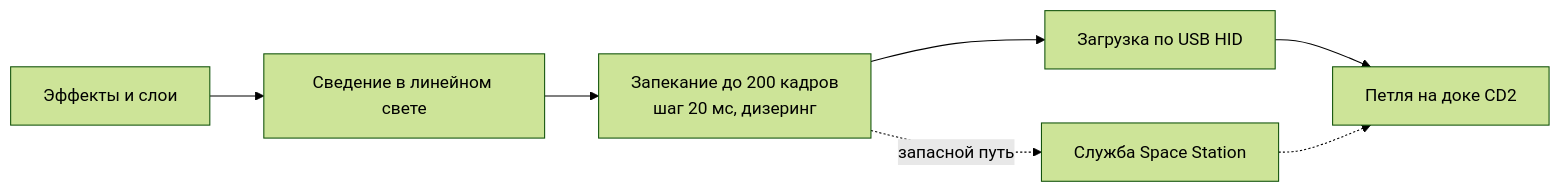
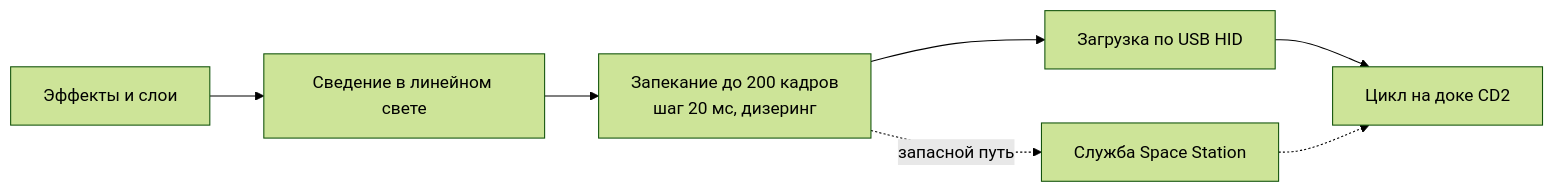
Before and after one commit to PsinaDev/FlyGlow: the diagram in README.ru.md, drawn with Mermaid (forest theme). The commit also changed other lines of this file and 43 other files, not shown here.

````diff
--- a/README.ru.md
+++ b/README.ru.md
@@ -53,8 +56,8 @@
 ```mermaid
 flowchart LR
     A[Эффекты и слои] --> B[Сведение в линейном свете]
     B --> C[Запекание до 200 кадров<br/>шаг 20 мс, дизеринг]
     C --> D[Загрузка по USB HID]
-    D --> E[Петля на доке CD2]
+    D --> E[Цикл на доке CD2]
     C -. запасной путь .-> F[Служба Space Station] -.-> E
 ```
````
